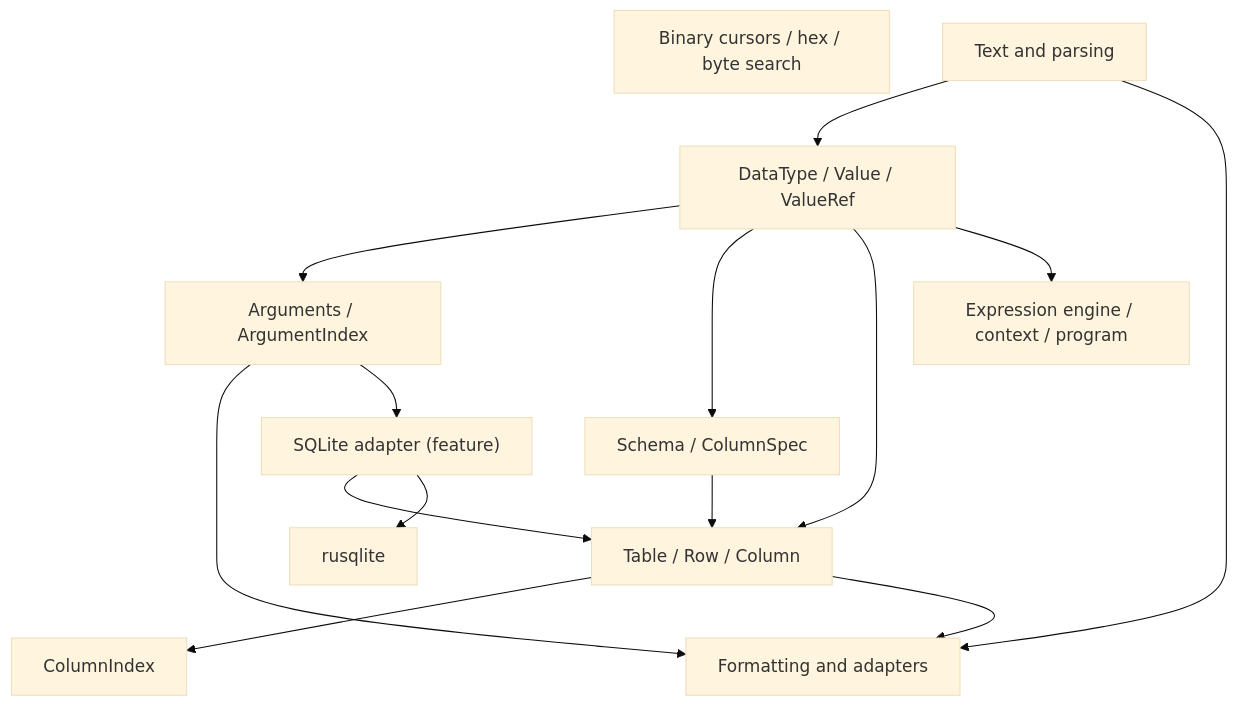
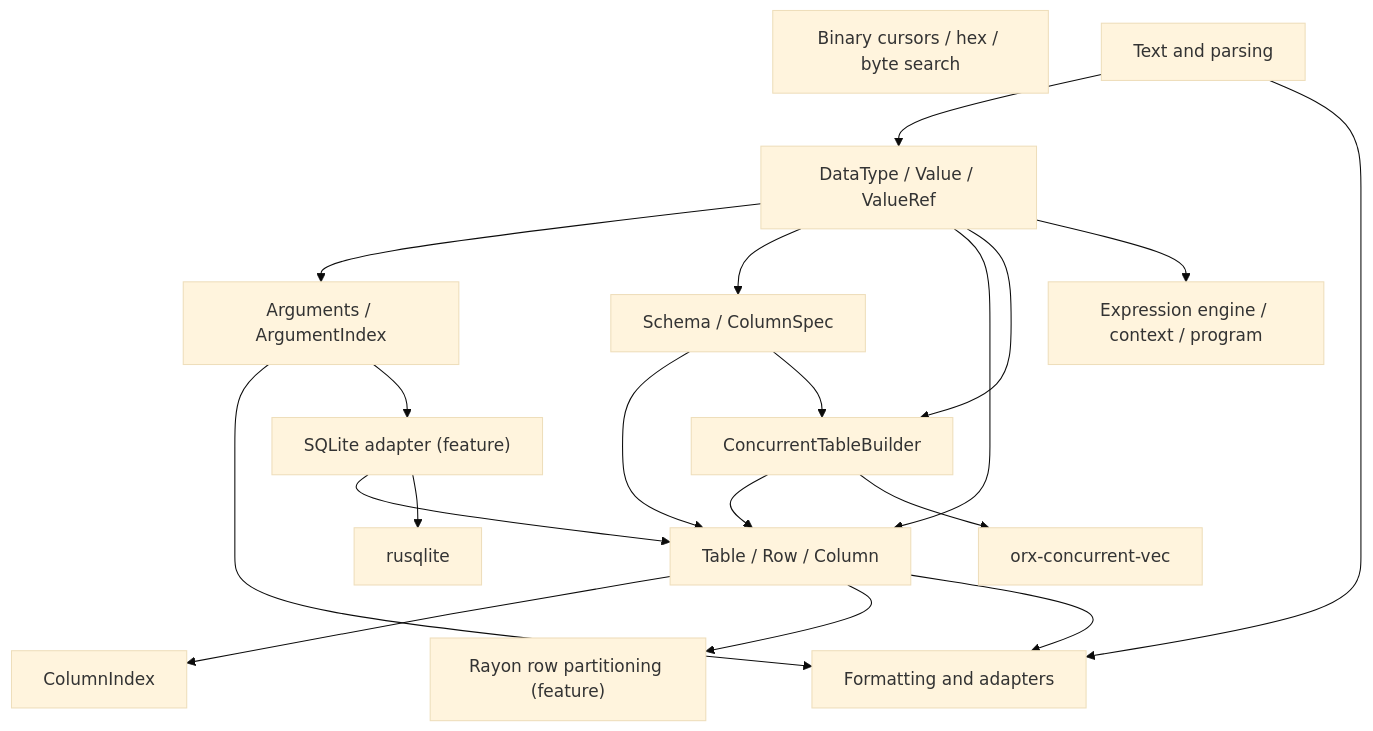
The first of 3 diagrams in docs/high-level/architecture.md (kjn-void/gd-rs), drawn with Mermaid (base theme) before and after one commit. The commit also changed other lines of this file and 7 other files, not shown here.

````diff
--- a/docs/high-level/architecture.md
+++ b/docs/high-level/architecture.md
@@ -14,17 +14,22 @@
 ```mermaid
 flowchart TD
     Value["DataType / Value / ValueRef"] --> Arguments["Arguments / ArgumentIndex"]
     Value --> Schema["Schema / ColumnSpec"]
     Schema --> Table["Table / Row / Column"]
     Value --> Table
+    Schema --> Builder["ConcurrentTableBuilder"]
+    Value --> Builder
+    Builder --> Table
+    Builder --> Orx["orx-concurrent-vec"]
     Table --> ColumnIndex["ColumnIndex"]
+    Table --> Rayon["Rayon row partitioning (feature)"]
     Binary["Binary cursors / hex / byte search"]
     Text["Text and parsing"] --> Value
     Value --> Expression["Expression engine / context / program"]
     Arguments --> Formatting["Formatting and adapters"]
     Table --> Formatting
     Text --> Formatting
     Arguments --> SQLite["SQLite adapter (feature)"]
     SQLite --> Table
     SQLite --> Rusqlite["rusqlite"]
 ```
````
